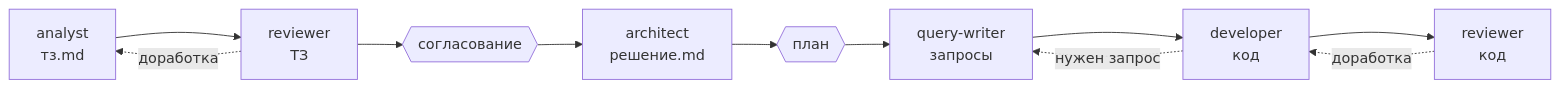
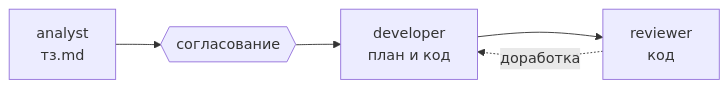
Before and after one commit to ivan-manul/1c-team: the diagram in README.md, drawn with Mermaid. The commit also changed other lines of this file and 11 other files, not shown here.

First line of the commit message:
0.3.0: три агента — analyst, developer, reviewer

````diff
--- a/README.md
+++ b/README.md
@@ -17,12 +18,7 @@
 ```mermaid
 flowchart LR
-  A[analyst<br/>тз.md] --> R1[reviewer<br/>ТЗ]
-  R1 -. доработка .-> A
-  R1 --> U1{{согласование}}
-  U1 --> AR[architect<br/>решение.md] --> U2{{план}}
-  U2 --> Q[query-writer<br/>запросы]
-  Q --> D[developer<br/>код]
-  D -. нужен запрос .-> Q
-  D --> R2[reviewer<br/>код]
-  R2 -. доработка .-> D
+  A[analyst<br/>тз.md] --> U{{согласование}}
+  U --> D[developer<br/>план и код]
+  D --> R[reviewer<br/>код]
+  R -. доработка .-> D
 ```
````
